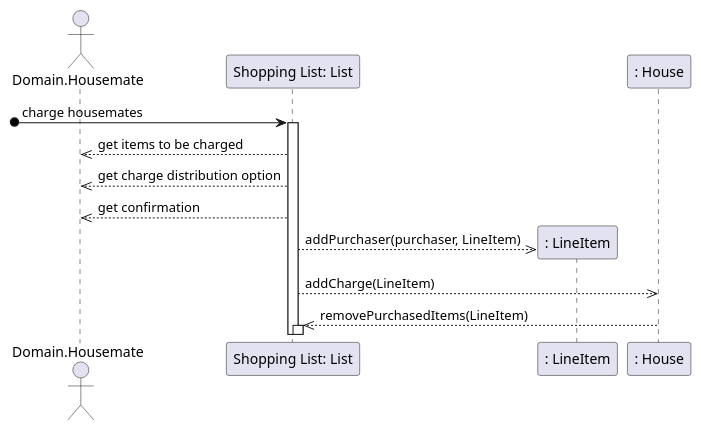
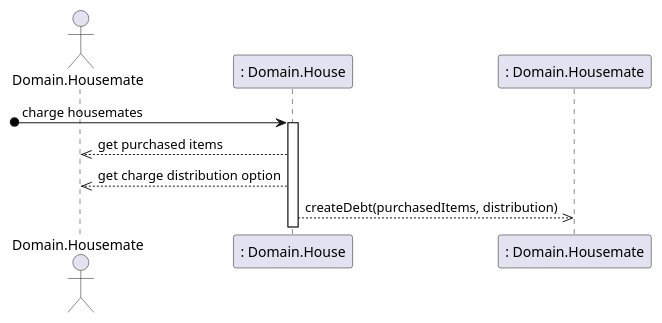
The third of 4 diagrams in doc/design.md (willemnielsen/House-App), drawn with PlantUML before and after one commit. The commit also changed other lines of this file, not shown here.

Commit message:
cleaned up charge sequence diagram

````diff
--- a/doc/design.md
+++ b/doc/design.md
@@ -89,24 +89,15 @@
 ```plantuml
 
 @startuml
 actor Domain.Housemate as Actor
-participant "Shopping List: List" as shoppingList
-participant ": LineItem" as LineItem
-participant ": House" as house
+participant ": Domain.House" as house
+participant ": Domain.Housemate" as housemate
 
 
-[o-> shoppingList : charge housemates
-activate shoppingList
-
-    shoppingList -->> Actor  : get items to be charged
-    shoppingList -->> Actor  : get charge distribution option
-    shoppingList -->> Actor  : get confirmation
-    shoppingList -->> LineItem** : addPurchaser(purchaser, LineItem)
-    shoppingList -->> house : addCharge(LineItem)
-    house -->> shoppingList : removePurchasedItems(LineItem)
-
-activate shoppingList
-
-
+[o-> house : charge housemates
+    activate house
+    house -->> Actor  : get purchased items
+    house -->> Actor  : get charge distribution option
+    house -->> housemate : createDebt(purchasedItems, distribution)
 @enduml
 ```
````
